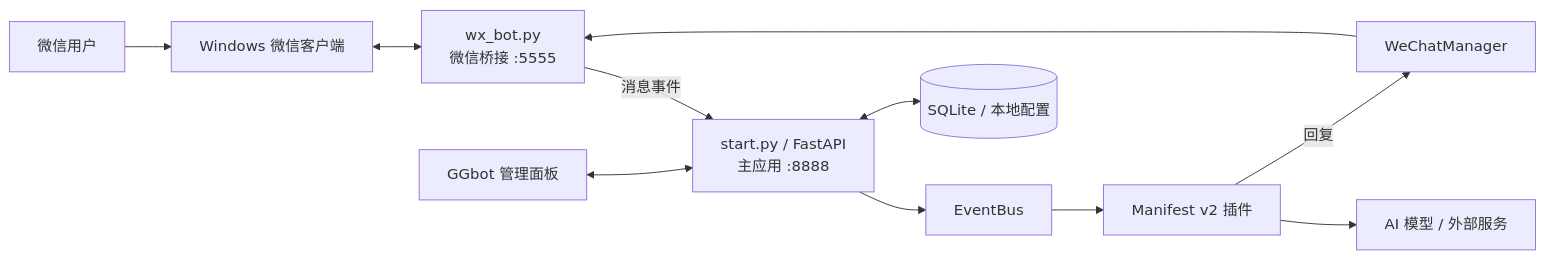
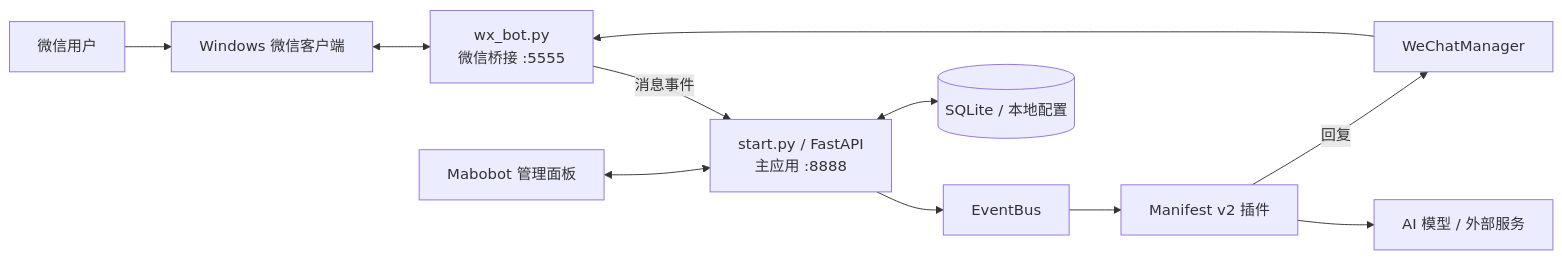
The diagram in README.md (Maaboubou/GGBot), drawn with Mermaid before and after one commit. The commit also changed other lines of this file and 24 other files, not shown here.

````diff
--- a/README.md
+++ b/README.md
@@ -21,13 +21,13 @@
 ```mermaid
 flowchart LR
     U[微信用户] --> W[Windows 微信客户端]
     W <--> B[wx_bot.py<br/>微信桥接 :5555]
     B -->|消息事件| A[start.py / FastAPI<br/>主应用 :8888]
     A --> E[EventBus]
     E --> P[Manifest v2 插件]
     P --> L[AI 模型 / 外部服务]
     P -->|回复| M[WeChatManager]
     M --> B
-    C[GGbot 管理面板] <--> A
+    C[Mabobot 管理面板] <--> A
     A <--> D[(SQLite / 本地配置)]
 ```
````
